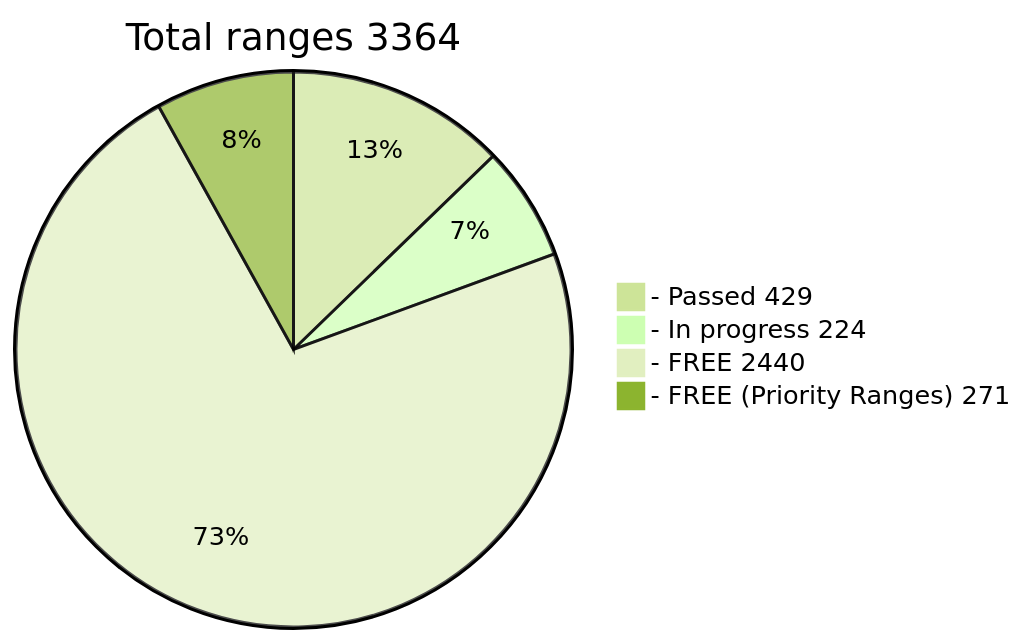
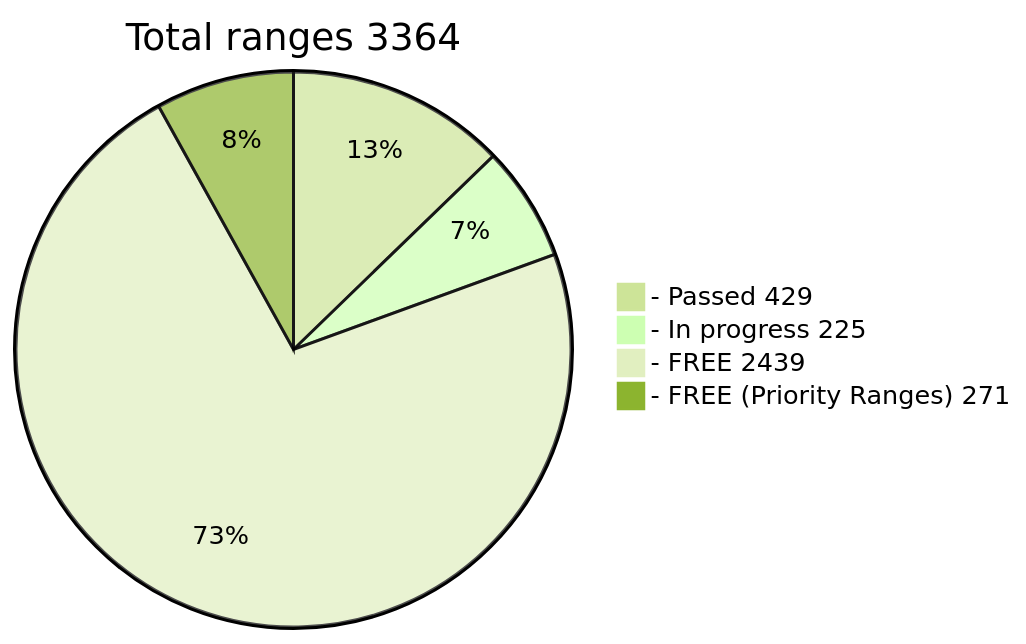
Before and after one commit to phrutis/wif500: the diagram in README.md, drawn with Mermaid (forest theme).

````diff
--- a/README.md
+++ b/README.md
@@ -16,7 +16,7 @@
 ```mermaid
 pie title Total ranges 3364
   "- Passed 429" : 429
-  "- In progress 224" : 224
-  "- FREE 2440" : 2440
+  "- In progress 225" : 225
+  "- FREE 2439" : 2439
   "- FREE (Priority Ranges) 271" : 271
 ```
````
